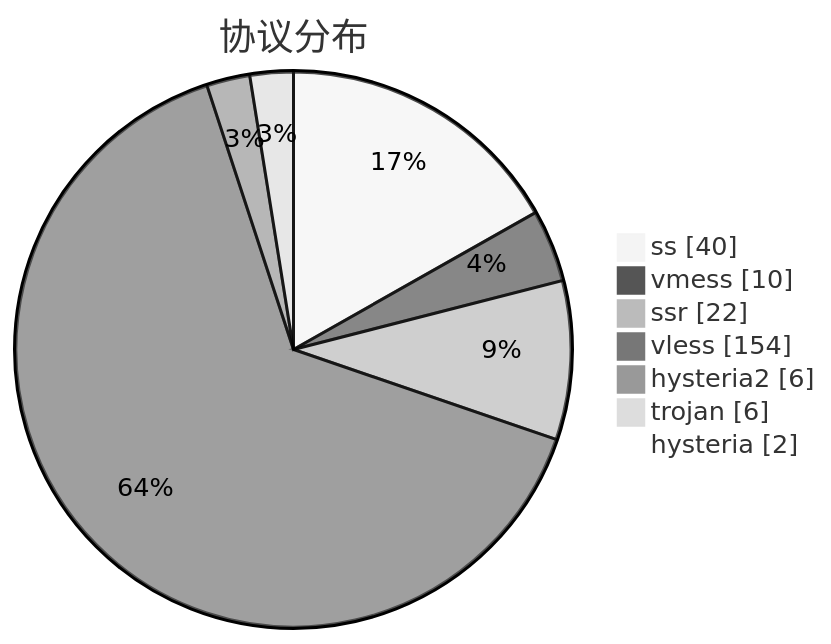
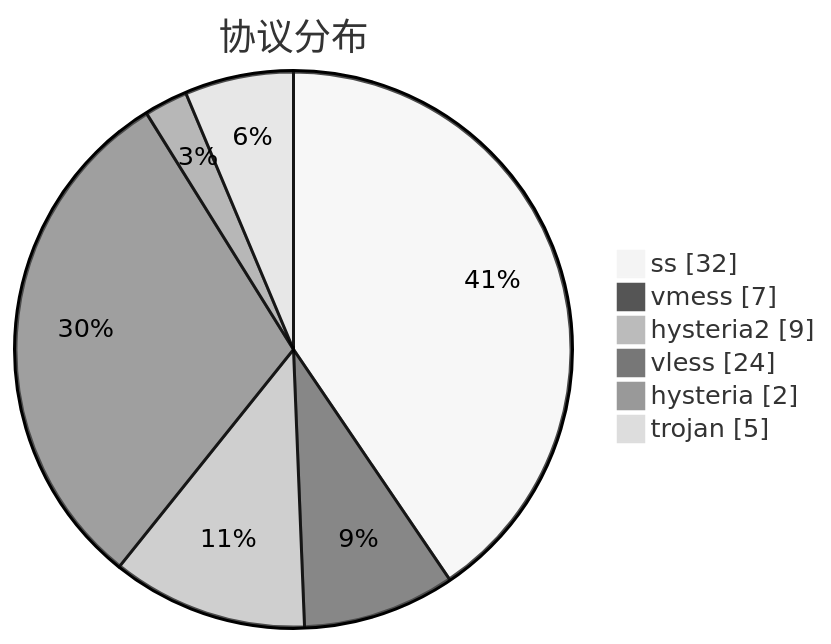
One commit to sinspired/airport changed the third of 3 diagrams in subs/statistics/tested_within.md. Above: the diagram before and after it, drawn with Mermaid (neutral theme). The commit also changed other lines of this file and 2 other files, not shown here.

````diff
--- a/subs/statistics/tested_within.md
+++ b/subs/statistics/tested_within.md
@@ -35,11 +36,10 @@
 ```mermaid
 pie showData
 title 协议分布
-"ss" : 40
-"vmess" : 10
-"ssr" : 22
-"vless" : 154
-"hysteria2" : 6
-"trojan" : 6
+"ss" : 32
+"vmess" : 7
+"hysteria2" : 9
+"vless" : 24
 "hysteria" : 2
+"trojan" : 5
 ```
````
